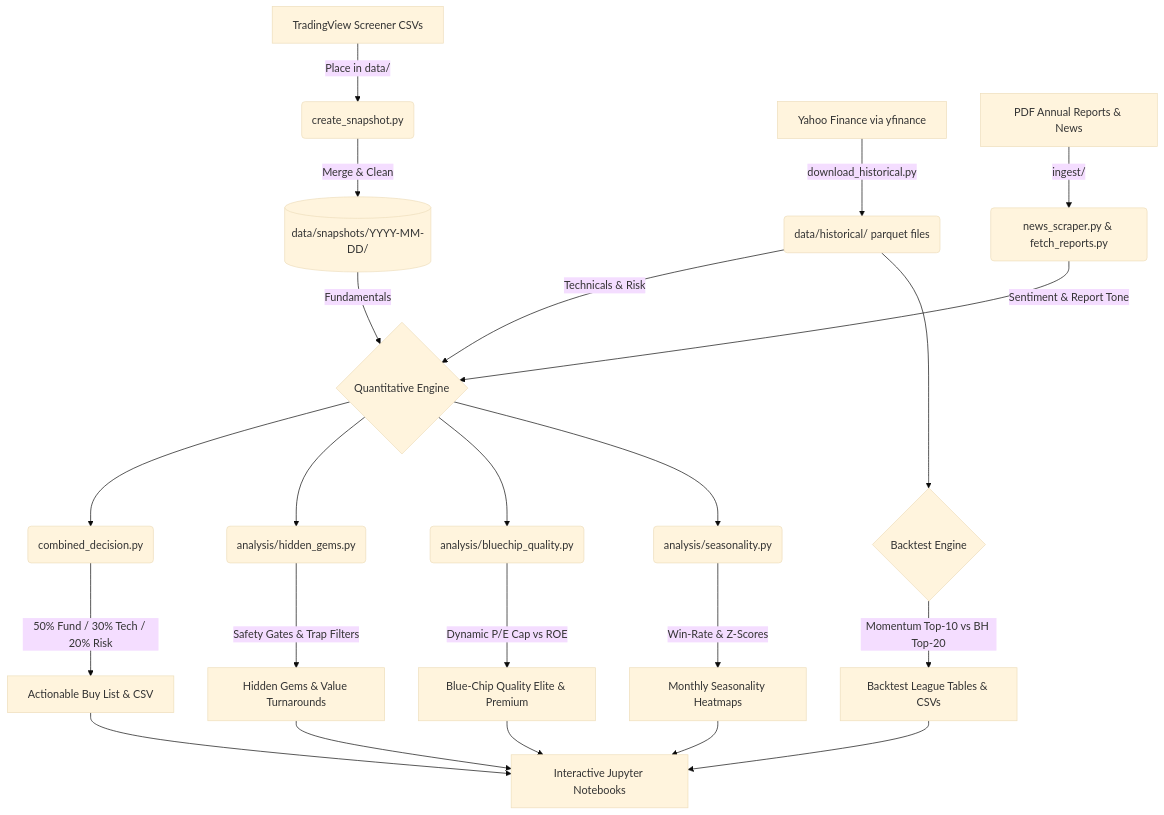
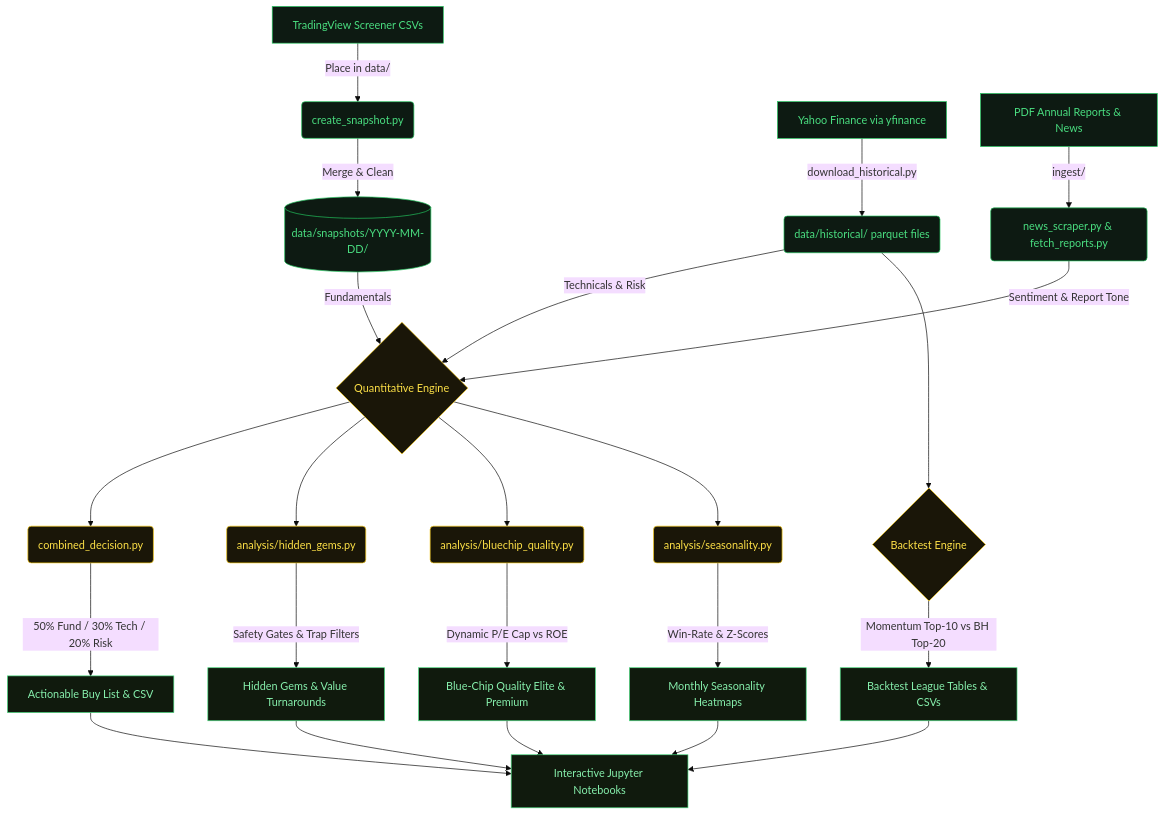
Before and after one commit to miztachristian/South-African-Stocks-System: the diagram in README.md, drawn with Mermaid (base theme). The commit also changed other lines of this file and 2 other files, not shown here.

Commit message:
Add animated banner, logo, and branded architecture diagram to README

````diff
--- a/README.md
+++ b/README.md
@@ -17,26 +31,33 @@
 ```mermaid
 graph TD
     A1[TradingView Screener CSVs] -->|Place in data/| B1(create_snapshot.py)
     A2[Yahoo Finance via yfinance] -->|download_historical.py| B2(data/historical/ parquet files)
     A3[PDF Annual Reports & News] -->|ingest/| B3(news_scraper.py & fetch_reports.py)
 
     B2 -->|Technicals & Risk| D1{Quantitative Engine}
     B1 -->|Merge & Clean| C1[(data/snapshots/YYYY-MM-DD/)]
     C1 -->|Fundamentals| D1
     B3 -->|Sentiment & Report Tone| D1
 
     D1 --> E1(combined_decision.py)
     D1 --> E2(analysis/hidden_gems.py)
     D1 --> E3(analysis/bluechip_quality.py)
     D1 --> E4(analysis/seasonality.py)
 
     E1 -->|50% Fund / 30% Tech / 20% Risk| F1[Actionable Buy List & CSV]
     E2 -->|Safety Gates & Trap Filters| F2[Hidden Gems & Value Turnarounds]
     E3 -->|Dynamic P/E Cap vs ROE| F3[Blue-Chip Quality Elite & Premium]
     E4 -->|Win-Rate & Z-Scores| F4[Monthly Seasonality Heatmaps]
 
     B2 --> D2{Backtest Engine}
     D2 -->|Momentum Top-10 vs BH Top-20| G1[Backtest League Tables & CSVs]
 
     F1 & F2 & F3 & F4 & G1 --> H1[Interactive Jupyter Notebooks]
+
+    classDef src fill:#0d1a12,stroke:#22c55e,color:#4ade80;
+    classDef eng fill:#1a1608,stroke:#facc15,color:#fde047;
+    classDef out fill:#101a0d,stroke:#4ade80,color:#86efac;
+    class A1,A2,A3,B1,B2,B3,C1 src;
+    class D1,D2,E1,E2,E3,E4 eng;
+    class F1,F2,F3,F4,G1,H1 out;
 ```
````
